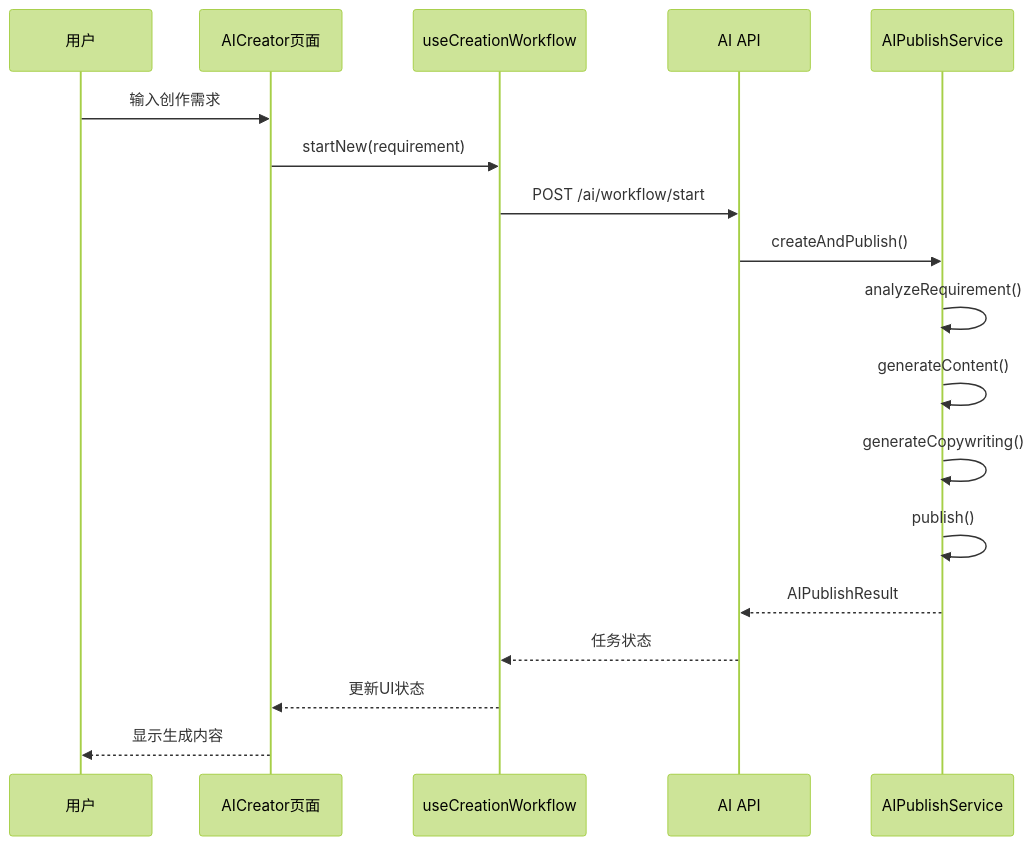
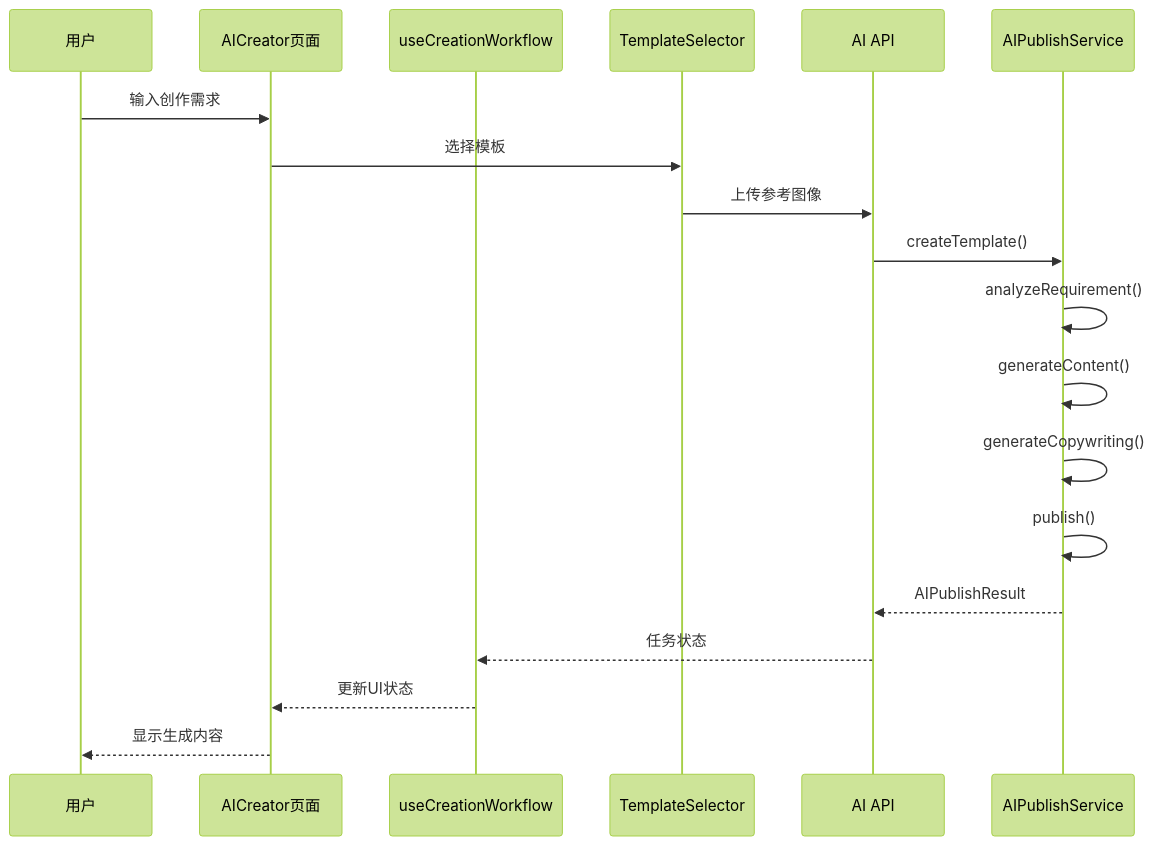
Before and after one commit to songdiyang/clawOperations: the third of 12 diagrams in .qoder/repowiki/zh/content/AI创作页面增强.md, drawn with Mermaid (forest theme). The commit also changed other lines of this file and 7 other files, not shown here.

````diff
--- a/.qoder/repowiki/zh/content/AI创作页面增强.md
+++ b/.qoder/repowiki/zh/content/AI创作页面增强.md
@@ -154,20 +174,21 @@
 ```mermaid
 sequenceDiagram
 participant User as 用户
 participant Page as AICreator页面
 participant Hook as useCreationWorkflow
+participant Template as TemplateSelector
 participant API as AI API
 participant Service as AIPublishService
 User->>Page : 输入创作需求
-Page->>Hook : startNew(requirement)
-Hook->>API : POST /ai/workflow/start
-API->>Service : createAndPublish()
+Page->>Template : 选择模板
+Template->>API : 上传参考图像
+API->>Service : createTemplate()
 Service->>Service : analyzeRequirement()
 Service->>Service : generateContent()
 Service->>Service : generateCopywriting()
 Service->>Service : publish()
 Service-->>API : AIPublishResult
 API-->>Hook : 任务状态
 Hook-->>Page : 更新UI状态
 Page-->>User : 显示生成内容
 ```
````
